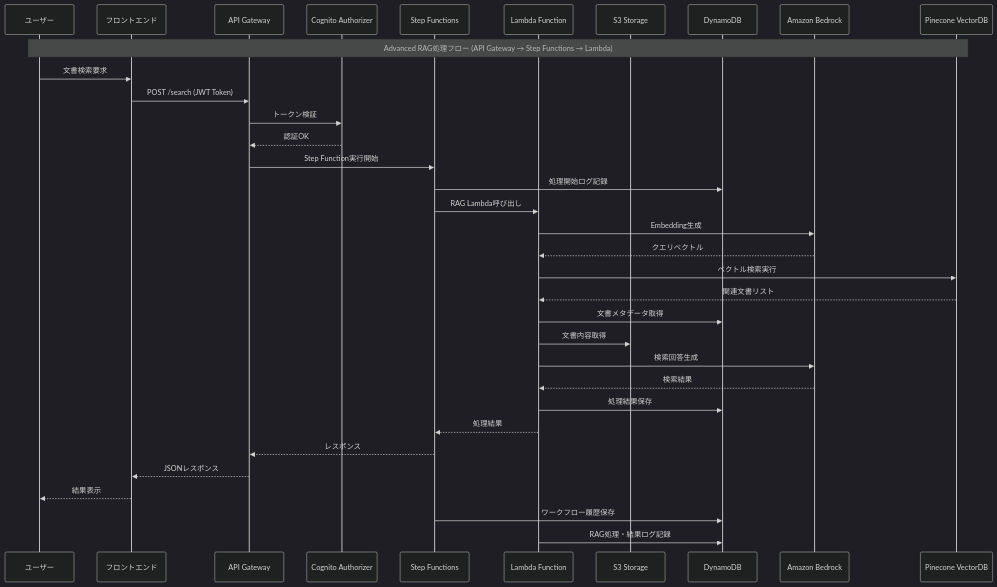
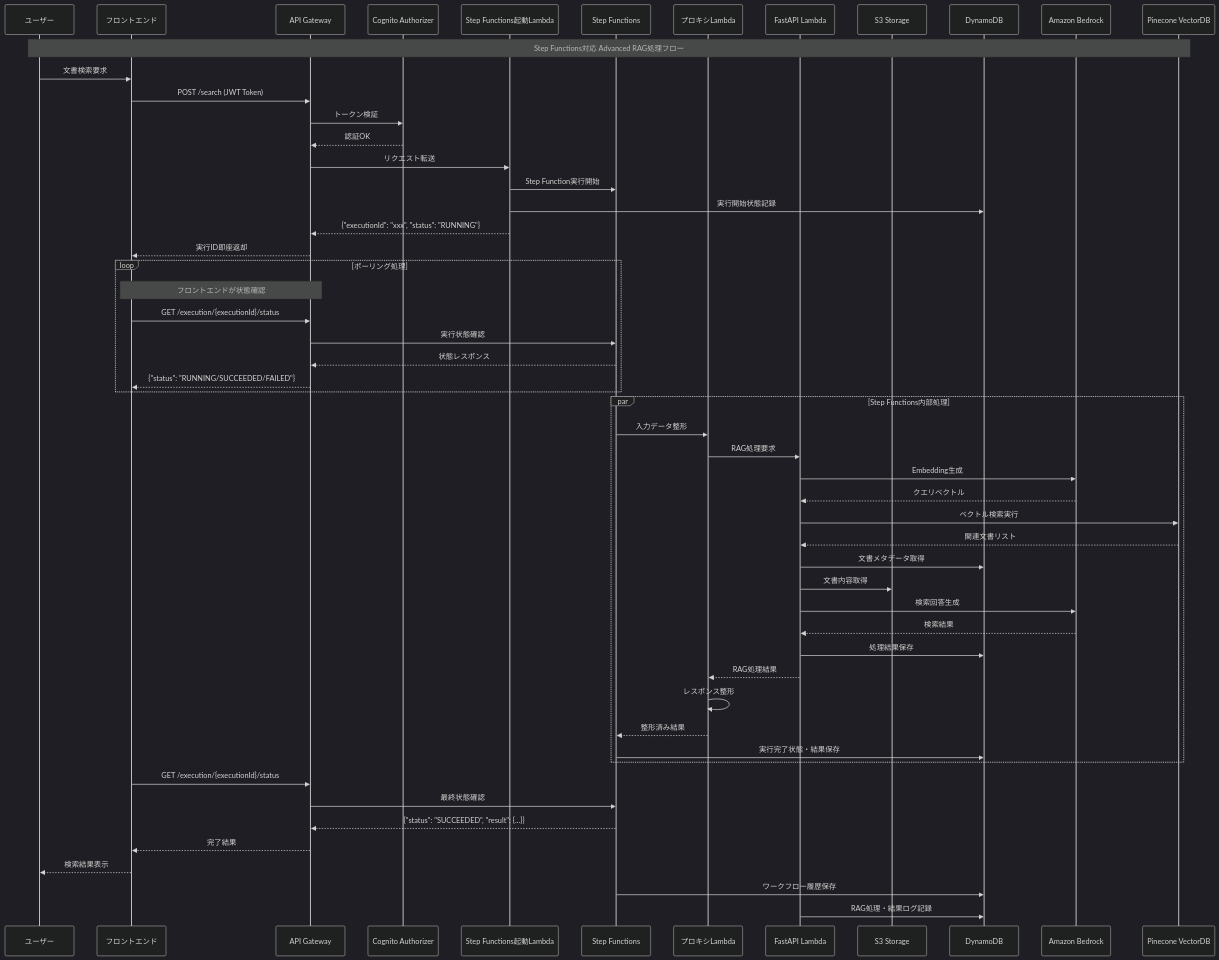
One commit to itsutose/tmp-ssi changed the fifth of 6 diagrams in documents/system-difinition.md. Above: the diagram before and after it, drawn with Mermaid (dark theme). The commit also changed other lines of this file and 2 other files, not shown here.

````diff
--- a/documents/system-difinition.md
+++ b/documents/system-difinition.md
@@ -502,51 +606,73 @@
 ```mermaid
 sequenceDiagram
     participant User as ユーザー
     participant Frontend as フロントエンド
     participant APIGW as API Gateway
     participant Auth as Cognito Authorizer
+    participant InvokeLambda as Step Functions起動Lambda
     participant SF as Step Functions
-    participant Lambda as Lambda Function
+    participant ProxyLambda as プロキシLambda
+    participant FastAPI as FastAPI Lambda
     participant S3 as S3 Storage
     participant DDB as DynamoDB
     participant Bedrock as Amazon Bedrock
     participant Pinecone as Pinecone VectorDB
     
-    Note over User, Pinecone: Advanced RAG処理フロー (API Gateway → Step Functions → Lambda)
+    Note over User, Pinecone: Step Functions対応 Advanced RAG処理フロー
     
     %% Authentication
     User->>Frontend: 文書検索要求
     Frontend->>APIGW: POST /search (JWT Token)
     APIGW->>Auth: トークン検証
     Auth-->>APIGW: 認証OK
     
-    %% Step Functions Processing
-    APIGW->>SF: Step Function実行開始
-    SF->>DDB: 処理開始ログ記録
+    %% Step Functions Processing - 非同期開始
+    APIGW->>InvokeLambda: リクエスト転送
+    InvokeLambda->>SF: Step Function実行開始
+    InvokeLambda->>DDB: 実行開始状態記録
+    InvokeLambda-->>APIGW: {"executionId": "xxx", "status": "RUNNING"}
+    APIGW-->>Frontend: 実行ID即座返却
     
-    %% RAG Workflow
-    SF->>Lambda: RAG Lambda呼び出し
+    %% Frontend Polling (背景処理)
+    loop ポーリング処理
+        Note over Frontend, APIGW: フロントエンドが状態確認
+        Frontend->>APIGW: GET /execution/{executionId}/status
+        APIGW->>SF: 実行状態確認
+        SF-->>APIGW: 状態レスポンス
+        APIGW-->>Frontend: {"status": "RUNNING/SUCCEEDED/FAILED"}
+    end
     
-    %% Document Search Flow
-    Lambda->>Bedrock: Embedding生成
-    Bedrock-->>Lambda: クエリベクトル
-    Lambda->>Pinecone: ベクトル検索実行
-    Pinecone-->>Lambda: 関連文書リスト
-    Lambda->>DDB: 文書メタデータ取得
-    Lambda->>S3: 文書内容取得
-    Lambda->>Bedrock: 検索回答生成
-    Bedrock-->>Lambda: 検索結果
+    %% Step Functions Workflow (並行処理)
+    par Step Functions内部処理
+        SF->>ProxyLambda: 入力データ整形
+        ProxyLambda->>FastAPI: RAG処理要求
+        
+        %% RAG Workflow
+        FastAPI->>Bedrock: Embedding生成
+        Bedrock-->>FastAPI: クエリベクトル
+        FastAPI->>Pinecone: ベクトル検索実行
+        Pinecone-->>FastAPI: 関連文書リスト
+        FastAPI->>DDB: 文書メタデータ取得
+        FastAPI->>S3: 文書内容取得
+        FastAPI->>Bedrock: 検索回答生成
+        Bedrock-->>FastAPI: 検索結果
+        
+        %% Result Processing
+        FastAPI->>DDB: 処理結果保存
+        FastAPI-->>ProxyLambda: RAG処理結果
+        ProxyLambda->>ProxyLambda: レスポンス整形
+        ProxyLambda-->>SF: 整形済み結果
+        SF->>DDB: 実行完了状態・結果保存
+    end
     
-    %% Response Flow
-    Lambda->>DDB: 処理結果保存
-    Lambda-->>SF: 処理結果
-    SF-->>APIGW: レスポンス
-    
-    %% Response
-    APIGW-->>Frontend: JSONレスポンス
-    Frontend-->>User: 結果表示
+    %% Final Polling Response
+    Frontend->>APIGW: GET /execution/{executionId}/status
+    APIGW->>SF: 最終状態確認
+    SF-->>APIGW: {"status": "SUCCEEDED", "result": {...}}
+    APIGW-->>Frontend: 完了結果
+    Frontend-->>User: 検索結果表示
     
     %% Monitoring
     SF->>DDB: ワークフロー履歴保存
-    Lambda->>DDB: RAG処理・結果ログ記録
+    FastAPI->>DDB: RAG処理・結果ログ記録
 ```
````
